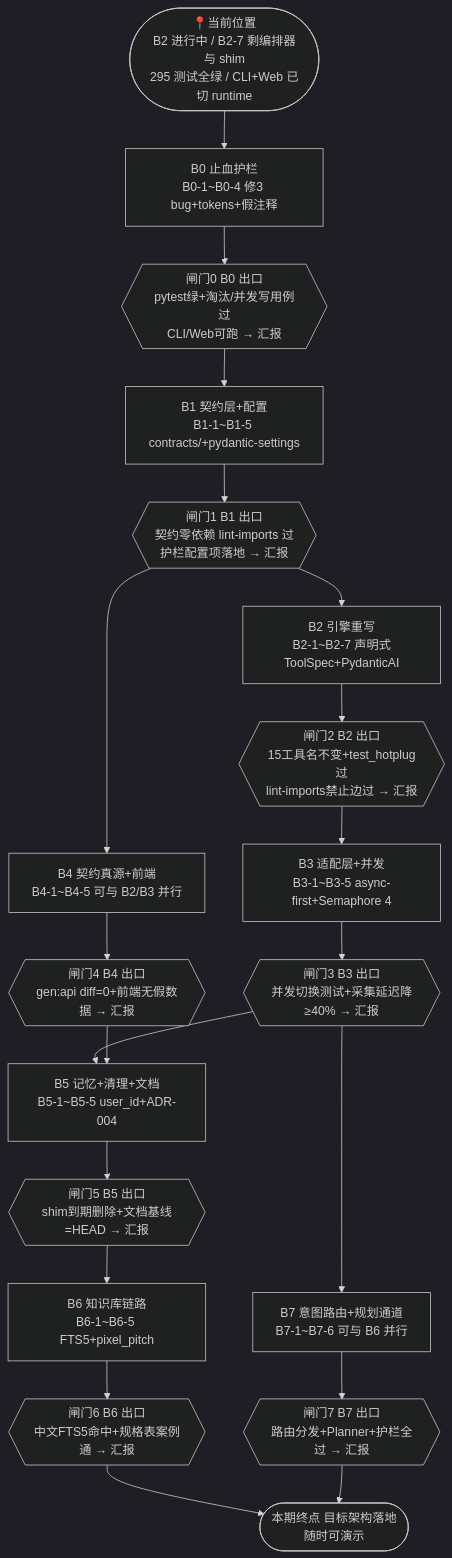
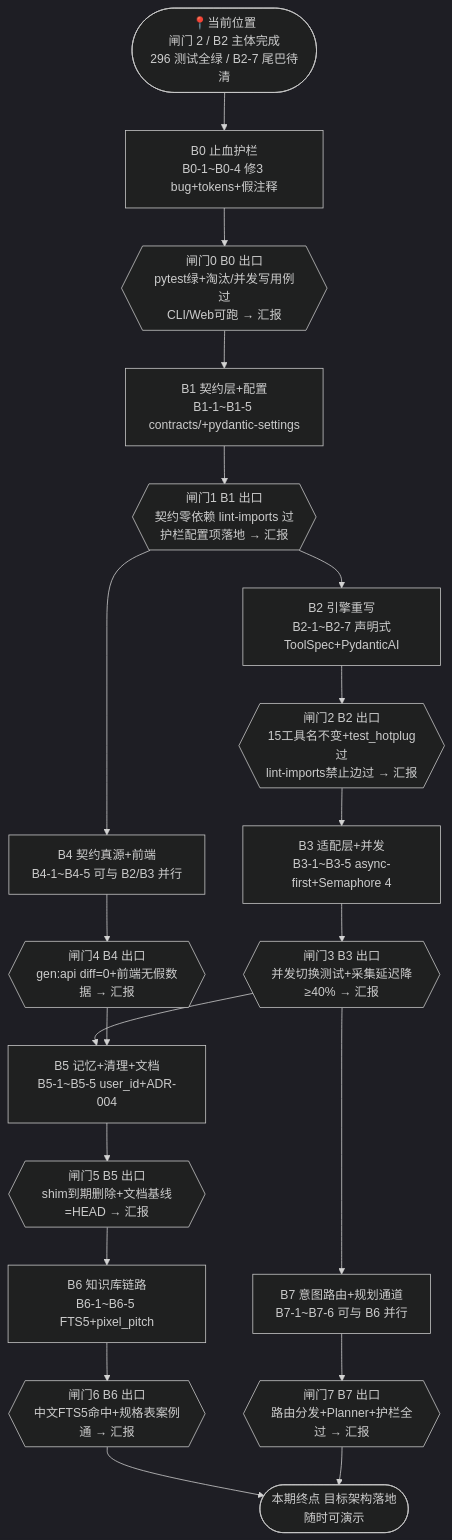
The diagram in docs/codex-longterm-goal.md (North-Q/LightTrail), drawn with Mermaid (dark theme) before and after one commit. The commit also changed other lines of this file and 2 other files, not shown here.

First line of the commit message:
docs(B2): 批次总结（闸门 2）——主体完成 + B2-7 尾巴如实记录

````diff
--- a/docs/codex-longterm-goal.md
+++ b/docs/codex-longterm-goal.md
@@ -24,23 +24,23 @@
 ```mermaid
 graph TD
-    S([📍当前位置<br/>B2 进行中 / B2-7 剩编排器与 shim<br/>295 测试全绿 / CLI+Web 已切 runtime]) --> B0
+    S([📍当前位置<br/>闸门 2 / B2 主体完成<br/>296 测试全绿 / B2-7 尾巴待清]) --> B0
 
     B0[B0 止血护栏<br/>B0-1~B0-4 修3 bug+tokens+假注释] --> G0{{闸门0 B0 出口<br/>pytest绿+淘汰/并发写用例过<br/>CLI/Web可跑 → 汇报}}
     G0 --> B1[B1 契约层+配置<br/>B1-1~B1-5 contracts/+pydantic-settings]
     B1 --> G1{{闸门1 B1 出口<br/>契约零依赖 lint-imports 过<br/>护栏配置项落地 → 汇报}}
     G1 --> B2[B2 引擎重写<br/>B2-1~B2-7 声明式ToolSpec+PydanticAI]
     G1 --> B4[B4 契约真源+前端<br/>B4-1~B4-5 可与 B2/B3 并行]
     B2 --> G2{{闸门2 B2 出口<br/>15工具名不变+test_hotplug过<br/>lint-imports禁止边过 → 汇报}}
     G2 --> B3[B3 适配层+并发<br/>B3-1~B3-5 async-first+Semaphore 4]
     B4 --> G4{{闸门4 B4 出口<br/>gen:api diff=0+前端无假数据 → 汇报}}
     B3 --> G3{{闸门3 B3 出口<br/>并发切换测试+采集延迟降≥40% → 汇报}}
     G3 --> B5[B5 记忆+清理+文档<br/>B5-1~B5-5 user_id+ADR-004]
     G4 --> B5
     B5 --> G5{{闸门5 B5 出口<br/>shim到期删除+文档基线=HEAD → 汇报}}
     G5 --> B6[B6 知识库链路<br/>B6-1~B6-5 FTS5+pixel_pitch]
     G3 --> B7[B7 意图路由+规划通道<br/>B7-1~B7-6 可与 B6 并行]
     B6 --> G6{{闸门6 B6 出口<br/>中文FTS5命中+规格表案例通 → 汇报}}
     B7 --> G7{{闸门7 B7 出口<br/>路由分发+Planner+护栏全过 → 汇报}}
     G6 --> Z([本期终点 目标架构落地<br/>随时可演示])
     G7 --> Z
 ```
````
